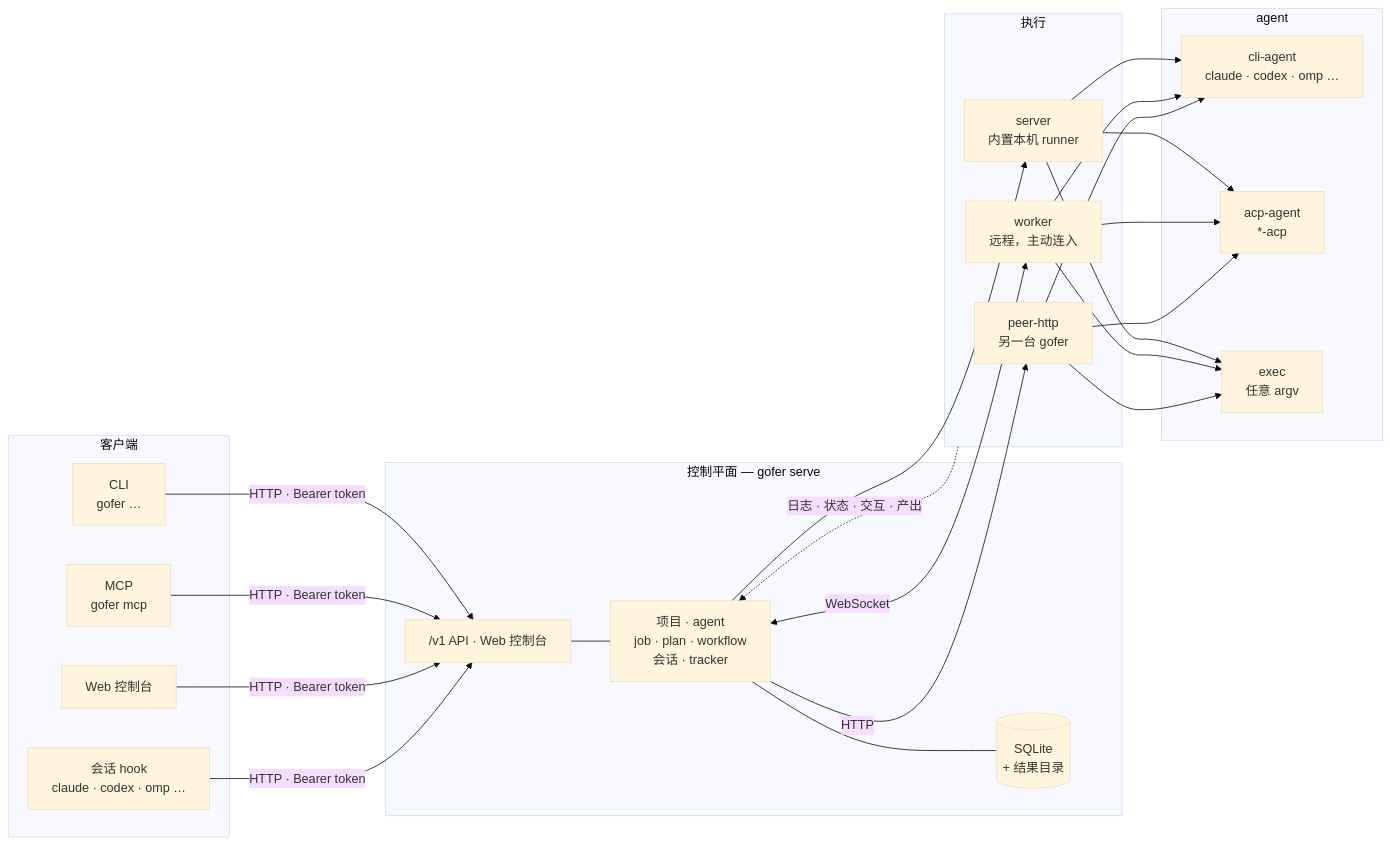
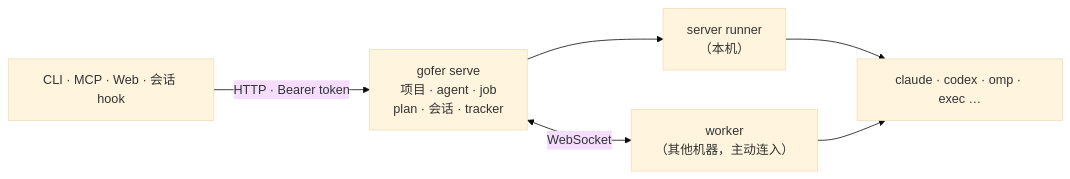
The diagram in README.zh-CN.md (inhere/gofer), drawn with Mermaid (base theme) before and after one commit. The commit also changed other lines of this file and 11 other files, not shown here.

````diff
--- a/README.zh-CN.md
+++ b/README.zh-CN.md
@@ -44,35 +9,7 @@
 ```mermaid
 flowchart LR
-    subgraph clients["客户端"]
-        cli["CLI<br/>gofer …"]
-        mcp["MCP<br/>gofer mcp"]
-        web["Web 控制台"]
-        hooks["会话 hook<br/>claude · codex · omp …"]
-    end
-
-    subgraph control["控制平面 — gofer serve"]
-        api["/v1 API · Web 控制台"]
-        core["项目 · agent<br/>job · plan · workflow<br/>会话 · tracker"]
-        store[("SQLite<br/>+ 结果目录")]
-        api --- core --- store
-    end
-
-    subgraph exec["执行"]
-        local["server<br/>内置本机 runner"]
-        worker["worker<br/>远程，主动连入"]
-        peer["peer-http<br/>另一台 gofer"]
-    end
-
-    subgraph agents["agent"]
-        cliagent["cli-agent<br/>claude · codex · omp …"]
-        acp["acp-agent<br/>*-acp"]
-        execagent["exec<br/>任意 argv"]
-    end
-
-    cli & mcp & web & hooks -->|"HTTP · Bearer token"| api
-    core --> local
-    core <-->|WebSocket| worker
-    core -->|HTTP| peer
-    local & worker & peer --> cliagent & acp & execagent
-    exec -. "日志 · 状态 · 交互 · 产出" .-> core
+    cli["CLI · MCP · Web · 会话 hook"] -->|"HTTP · Bearer token"| server["gofer serve<br/>项目 · agent · job<br/>plan · 会话 · tracker"]
+    server --> local["server runner<br/>（本机）"]
+    server <-->|WebSocket| worker["worker<br/>（其他机器，主动连入）"]
+    local & worker --> agents["claude · codex · omp · exec …"]
 ```
````
